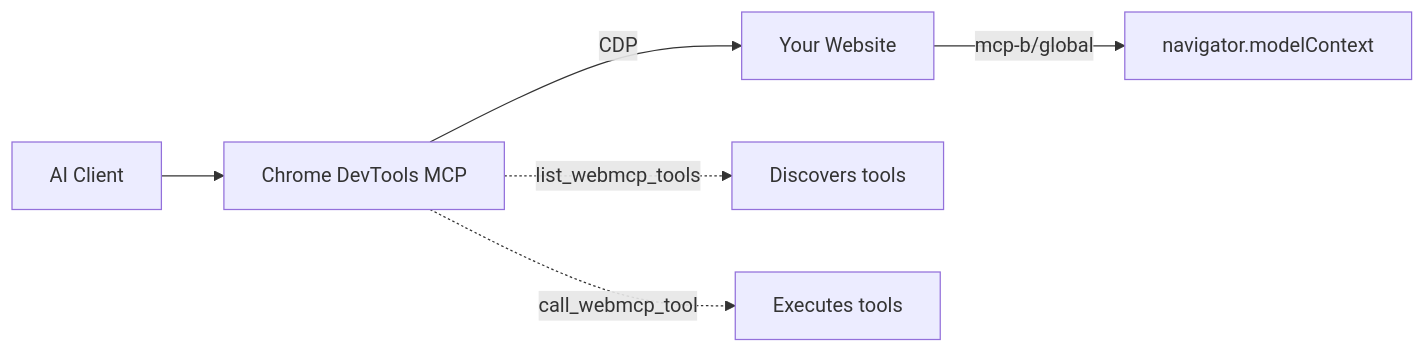
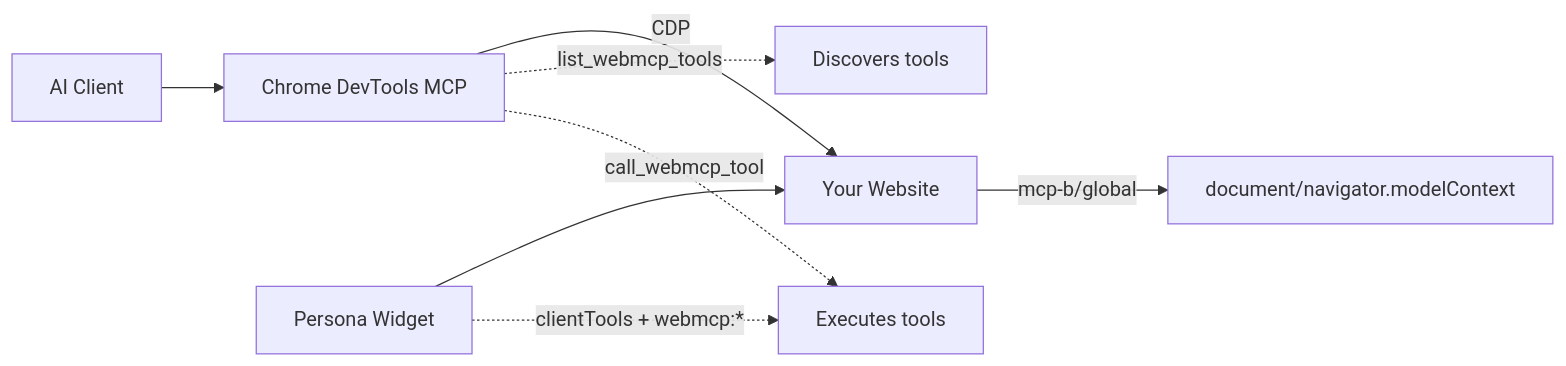
The first of 2 diagrams in README.md (bookernath/chrome-devtools-quickstart), drawn with Mermaid before and after one commit. The commit also changed other lines of this file and 8 other files, not shown here.

````diff
--- a/README.md
+++ b/README.md
@@ -13,9 +13,11 @@
 ```mermaid
 flowchart LR
     A[AI Client] --> B[Chrome DevTools MCP]
-    B -->|CDP| C[Your Website]
-    C -->|mcp-b/global| D[navigator.modelContext]
+    P[Persona Widget] --> C[Your Website]
+    B -->|CDP| C
+    C -->|mcp-b/global| D[document/navigator.modelContext]
 
     B -.->|list_webmcp_tools| E[Discovers tools]
     B -.->|call_webmcp_tool| F[Executes tools]
+    P -.->|clientTools + webmcp:*| F
 ```
````
